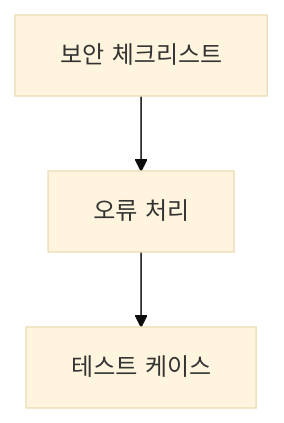
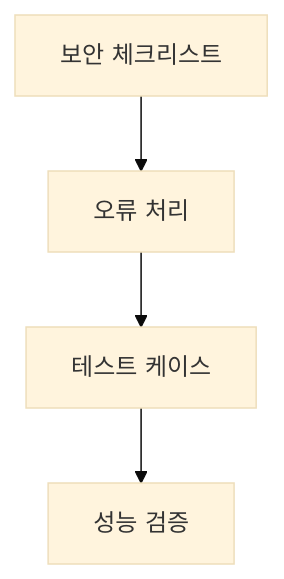
One commit to ustudiopd/vibe_coding changed the fifth of 10 diagrams in vibe_coding_timeline.md. Above: the diagram before and after it, drawn with Mermaid (base theme). The commit also changed other lines of this file, not shown here.

````diff
--- a/vibe_coding_timeline.md
+++ b/vibe_coding_timeline.md
@@ -91,5 +72,6 @@
 ```mermaid
 graph TD
     A[보안 체크리스트] --> B[오류 처리]
     B --> C[테스트 케이스]
+    C --> D[성능 검증]
 ```
````
